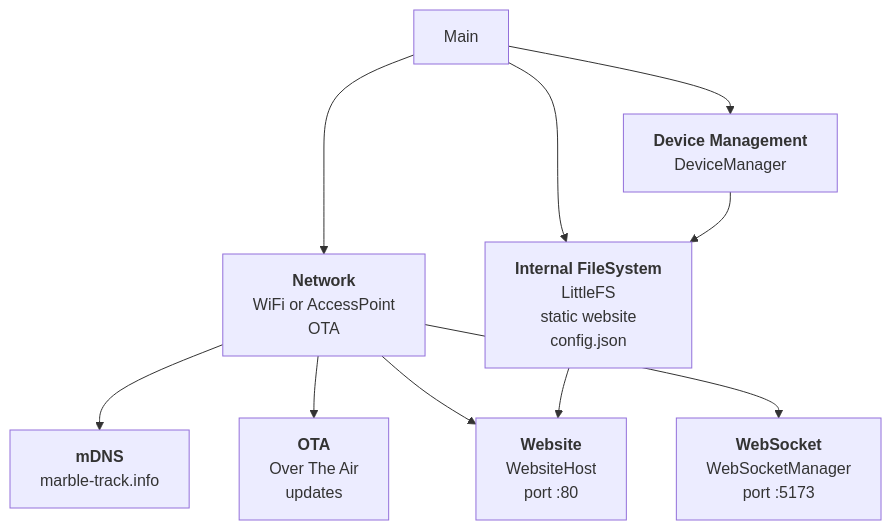
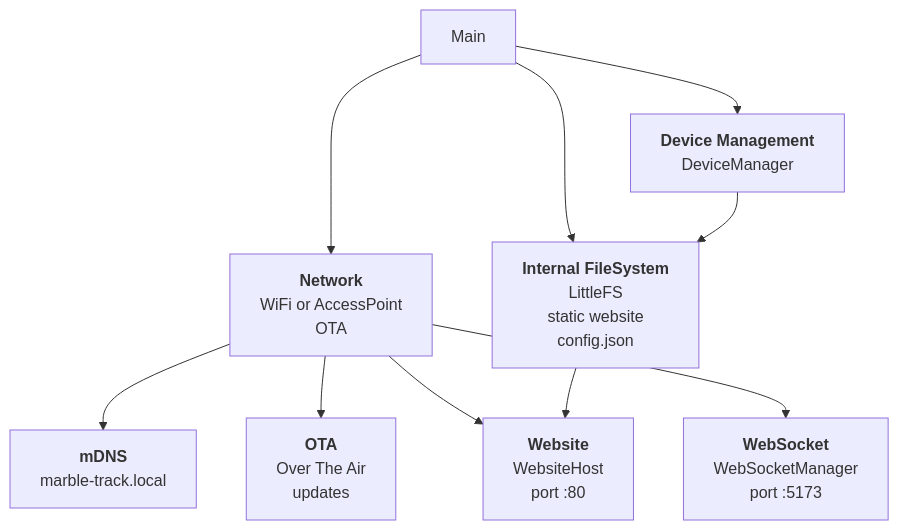
One commit to jovdb/marble-track changed the diagram in esp32_ws_architecture.md. Above: the diagram before and after it, drawn with Mermaid. The commit also changed other lines of this file and 5 other files, not shown here.

````diff
--- a/esp32_ws_architecture.md
+++ b/esp32_ws_architecture.md
@@ -5,17 +5,17 @@
 ```mermaid
 graph TD
     A[Main]
     A --> B[<b>Network</b><br/>WiFi or AccessPoint<br/>OTA]
     A --> E[<b>Internal FileSystem</b><br/>LittleFS<br/>static website<br/>config.json]
-    B --> I[<b>mDNS</b><br/>marble-track.info]
+    B --> I[<b>mDNS</b><br/>marble-track.local]
     B --> J[<b>OTA</b><br/>Over The Air<br/>updates]
     B --> H[<b>Website</b><br/>WebsiteHost<br/>port :80]
     E --> H
     B --> C[<b>WebSocket</b><br/>WebSocketManager<br/>port :5173]
     A --> D[<b>Device Management</b><br/>DeviceManager]
     D --> E
 
 click J "#ota"
 click I "#mdns"
 click E "#littlefs"
 ```
````
